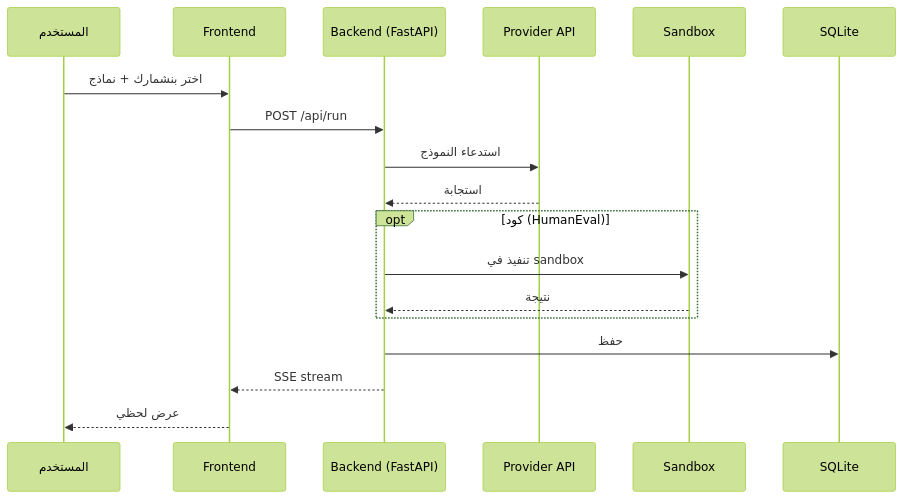
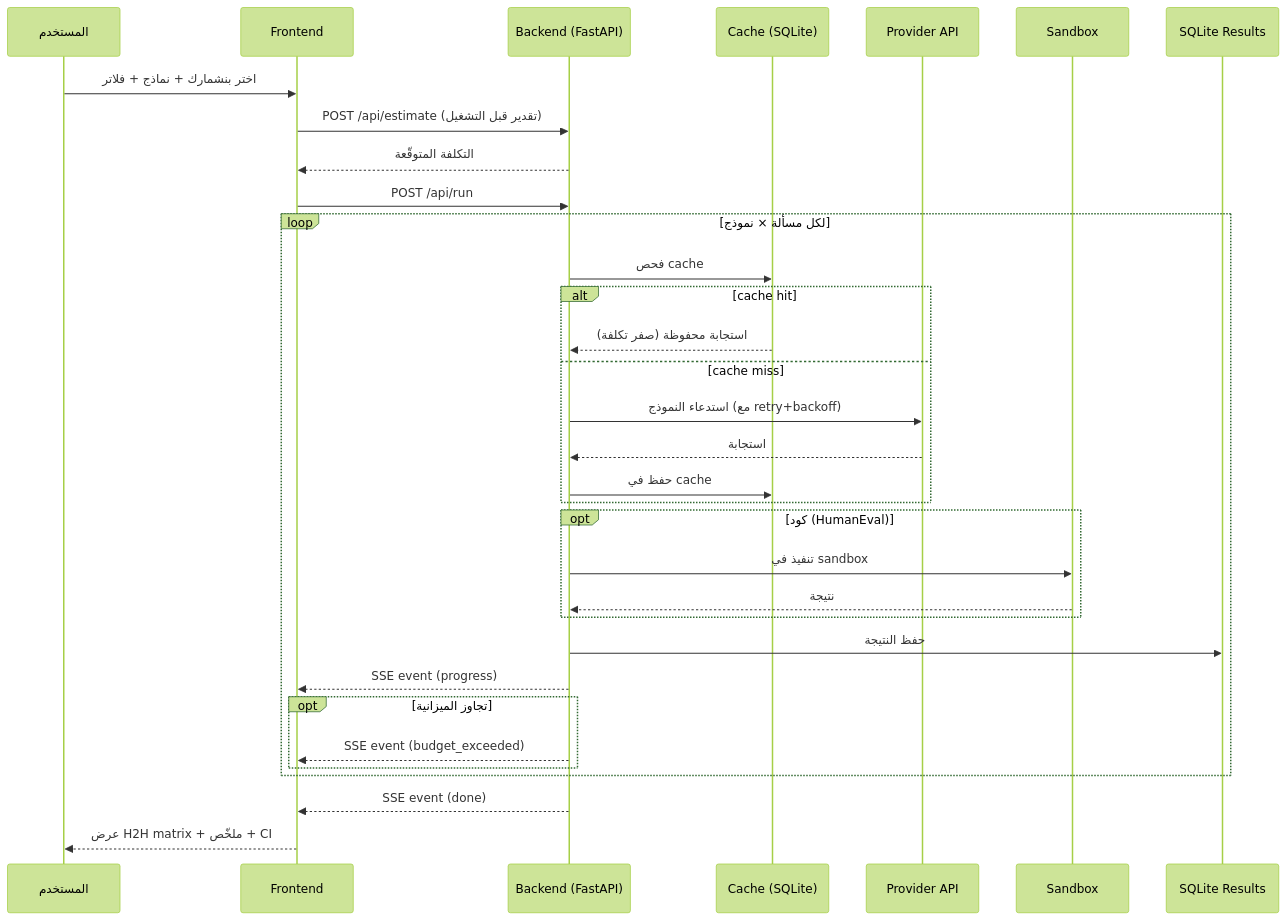
Before and after one commit to abosalehg-ui/ai-benchmark-platform: the diagram in README.md, drawn with Mermaid (forest theme). The commit also changed other lines of this file, not shown here.

````diff
--- a/README.md
+++ b/README.md
@@ -208,21 +295,36 @@
 ```mermaid
 sequenceDiagram
     participant U as المستخدم
     participant F as Frontend
     participant B as Backend (FastAPI)
+    participant C as Cache (SQLite)
     participant P as Provider API
     participant S as Sandbox
-    participant D as SQLite
+    participant D as SQLite Results
 
-    U->>F: اختر بنشمارك + نماذج
+    U->>F: اختر بنشمارك + نماذج + فلاتر
+    F->>B: POST /api/estimate (تقدير قبل التشغيل)
+    B-->>F: التكلفة المتوقّعة
     F->>B: POST /api/run
-    B->>P: استدعاء النموذج
-    P-->>B: استجابة
-    opt كود (HumanEval)
-        B->>S: تنفيذ في sandbox
-        S-->>B: نتيجة
+    loop لكل مسألة × نموذج
+        B->>C: فحص cache
+        alt cache hit
+            C-->>B: استجابة محفوظة (صفر تكلفة)
+        else cache miss
+            B->>P: استدعاء النموذج (مع retry+backoff)
+            P-->>B: استجابة
+            B->>C: حفظ في cache
+        end
+        opt كود (HumanEval)
+            B->>S: تنفيذ في sandbox
+            S-->>B: نتيجة
+        end
+        B->>D: حفظ النتيجة
+        B-->>F: SSE event (progress)
+        opt تجاوز الميزانية
+            B-->>F: SSE event (budget_exceeded)
+        end
     end
-    B->>D: حفظ
-    B-->>F: SSE stream
-    F-->>U: عرض لحظي
+    B-->>F: SSE event (done)
+    F-->>U: عرض H2H matrix + ملخّص + CI
 ```
````
